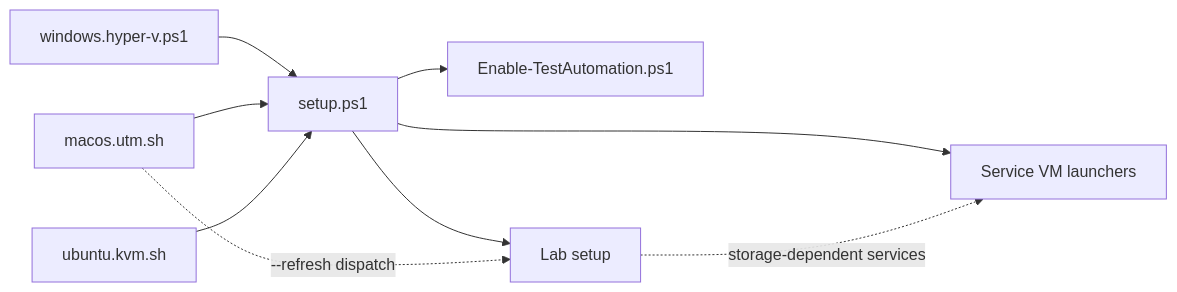
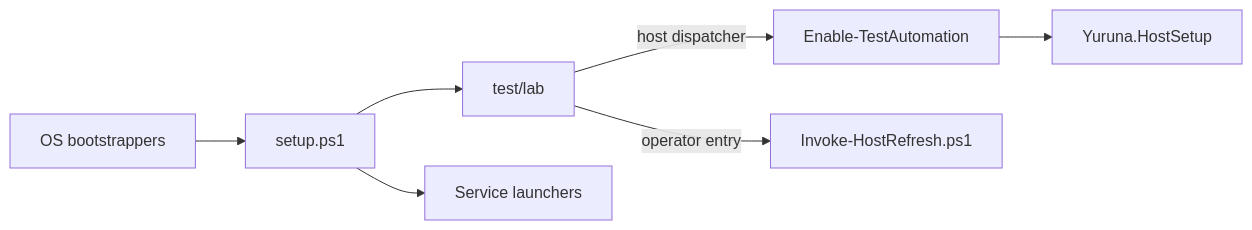
Before and after one commit to alissonsol/yuruna: the first of 7 diagrams in docs/design/02-component-breakdown.md, drawn with Mermaid. The commit also changed other lines of this file and 1383 other files, not shown here.

````diff
--- a/docs/design/02-component-breakdown.md
+++ b/docs/design/02-component-breakdown.md
@@ -12,20 +10,16 @@
 ```mermaid
 flowchart LR
-    windows-hyper-v["windows.hyper-v.ps1"]
-    macos-utm["macos.utm.sh"]
-    ubuntu-kvm["ubuntu.kvm.sh"]
-    setup["setup.ps1"]
-    enable-test-automation["Enable-TestAutomation.ps1"]
-    test-lab["Lab setup"]
-    test-service["Service VM launchers"]
-    windows-hyper-v --> setup
-    macos-utm --> setup
-    ubuntu-kvm --> setup
-    setup --> enable-test-automation
-    setup --> test-lab
-    setup --> test-service
-    %% optional: only storage-dependent services consume configured shares
-    test-lab -.->|storage-dependent services| test-service
-    %% optional: --refresh bypasses setup.ps1 entirely
-    macos-utm -.->|--refresh dispatch| test-lab
+    install["OS bootstrappers"]
+    setup-ps1["setup.ps1"]
+    yuruna-hostsetup-psm1["Yuruna.HostSetup"]
+    enable-testautomation-ps1["Enable-TestAutomation"]
+    test-lab["test/lab"]
+    test-service["Service launchers"]
+    invoke-hostrefresh-ps1["Invoke-HostRefresh.ps1"]
+    install --> setup-ps1
+    setup-ps1 --> test-lab
+    test-lab -->|host dispatcher| enable-testautomation-ps1
+    enable-testautomation-ps1 --> yuruna-hostsetup-psm1
+    setup-ps1 --> test-service
+    test-lab -->|operator entry| invoke-hostrefresh-ps1
 ```
````
